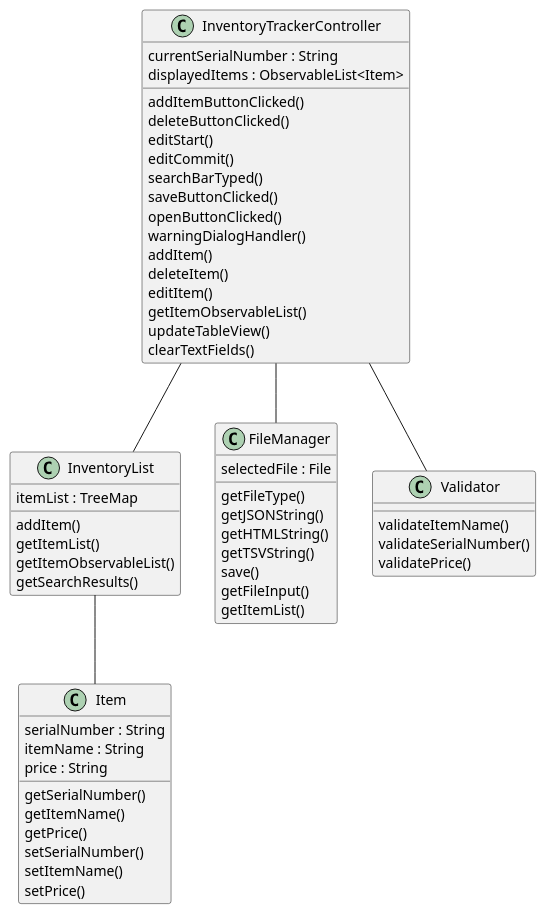
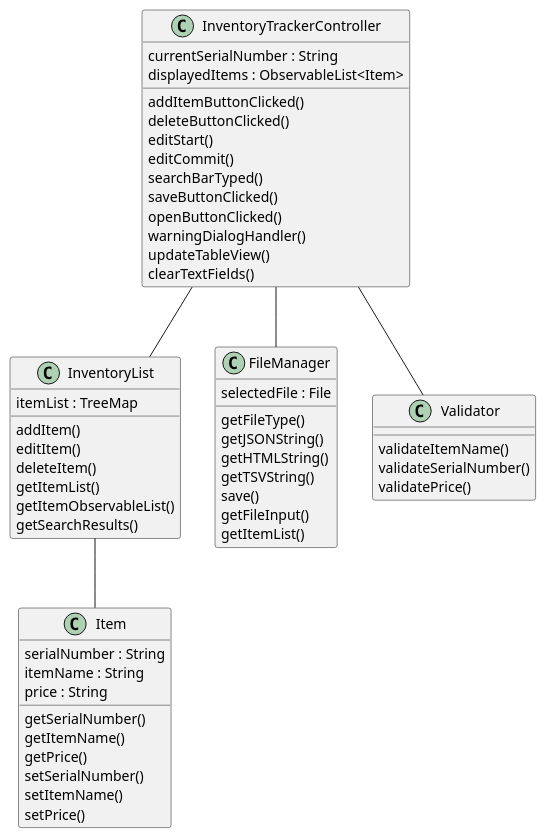
Before and after one commit to admonlee/InventoryTracker: the diagram in uml/ClassDiagram.puml, drawn with PlantUML. The commit also changed 5 other files, not shown here.

Commit message:
Moved add item, delete item, and edit item functions to InventoryList class completely

```diff
--- a/uml/ClassDiagram.puml
+++ b/uml/ClassDiagram.puml
@@ -1,69 +1,67 @@
 @startuml
 
 class InventoryTrackerController
 {
 currentSerialNumber : String
 displayedItems : ObservableList<Item>
 addItemButtonClicked()
 deleteButtonClicked()
 editStart()
 editCommit()
 searchBarTyped()
 saveButtonClicked()
 openButtonClicked()
 warningDialogHandler()
-addItem()
-deleteItem()
-editItem()
-getItemObservableList()
 updateTableView()
 clearTextFields()
 }
 
 class InventoryList
 {
 itemList : TreeMap
 addItem()
+editItem()
+deleteItem()
 getItemList()
 getItemObservableList()
 getSearchResults()
 }
 
 class Item
 {
 serialNumber : String
 itemName : String
 price : String
 getSerialNumber()
 getItemName()
 getPrice()
 setSerialNumber()
 setItemName()
 setPrice()
 }
 
 class FileManager
 {
 selectedFile : File
 getFileType()
 getJSONString()
 getHTMLString()
 getTSVString()
 save()
 getFileInput()
 getItemList()
 }
 
 class Validator
 {
 validateItemName()
 validateSerialNumber()
 validatePrice()
 }
 
 InventoryTrackerController -- InventoryList
 InventoryList -- Item
 InventoryTrackerController -- FileManager
 InventoryTrackerController -- Validator
 
 @enduml
```
